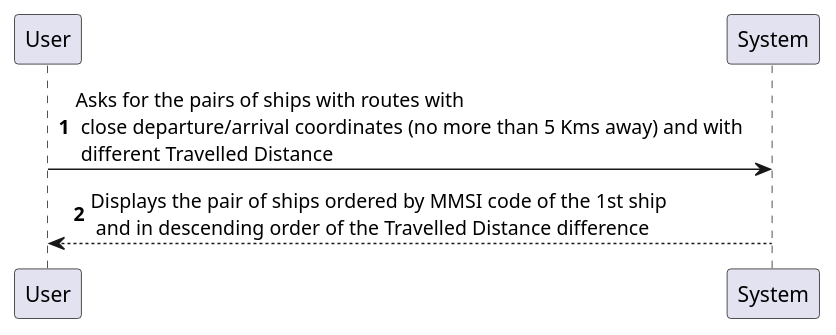
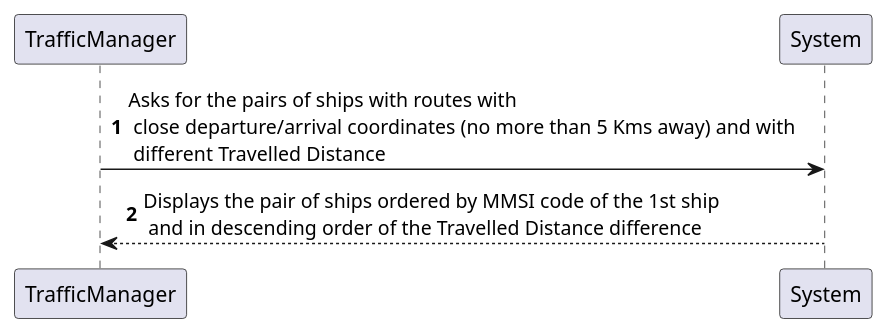
One commit to LourencoMelo/ISEP-LAPR3-ESINF changed the diagram in Docs/Sprint1/US107/SSD.puml. Above: the diagram before and after it, drawn with PlantUML. The commit also changed 4 other files, not shown here.

```diff
--- a/Docs/Sprint1/US107/SSD.puml
+++ b/Docs/Sprint1/US107/SSD.puml
@@ -1,8 +1,8 @@
 @startuml
 'https://plantuml.com/sequence-diagram
 
 autonumber
 
-User -> System : Asks for the pairs of ships with routes with \n close departure/arrival coordinates (no more than 5 Kms away) and with \n different Travelled Distance
-System --> User : Displays the pair of ships ordered by MMSI code of the 1st ship  \n and in descending order of the Travelled Distance difference
+TrafficManager -> System : Asks for the pairs of ships with routes with \n close departure/arrival coordinates (no more than 5 Kms away) and with \n different Travelled Distance
+System --> TrafficManager : Displays the pair of ships ordered by MMSI code of the 1st ship  \n and in descending order of the Travelled Distance difference
 @enduml
```
